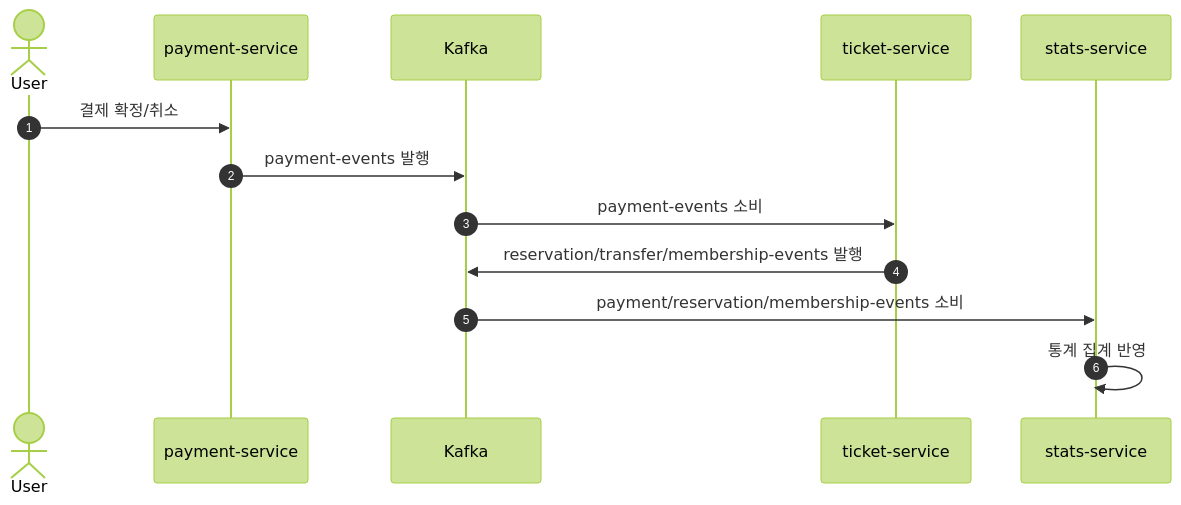
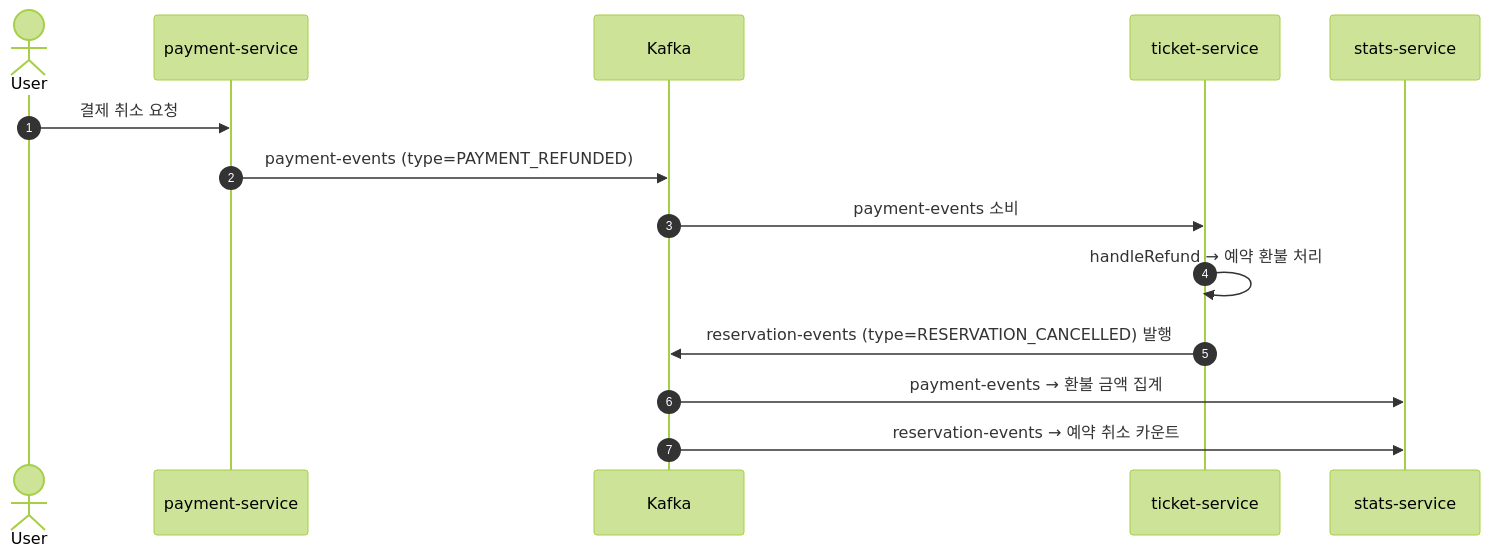
One commit to cchriscode/URR changed the third of 3 diagrams in docs/check8.md. Above: the diagram before and after it, drawn with Mermaid (forest theme). The commit also changed other lines of this file, not shown here.

````diff
--- a/docs/check8.md
+++ b/docs/check8.md
@@ -198,16 +302,17 @@
 ```mermaid
 sequenceDiagram
   autonumber
   actor U as User
   participant P as payment-service
   participant K as Kafka
   participant T as ticket-service
   participant ST as stats-service
 
-  U->>P: 결제 확정/취소
-  P->>K: payment-events 발행
+  U->>P: 결제 취소 요청
+  P->>K: payment-events (type=PAYMENT_REFUNDED)
   K->>T: payment-events 소비
-  T->>K: reservation/transfer/membership-events 발행
-  K->>ST: payment/reservation/membership-events 소비
-  ST->>ST: 통계 집계 반영
+  T->>T: handleRefund → 예약 환불 처리
+  T->>K: reservation-events (type=RESERVATION_CANCELLED) 발행
+  K->>ST: payment-events → 환불 금액 집계
+  K->>ST: reservation-events → 예약 취소 카운트
 ```
````
